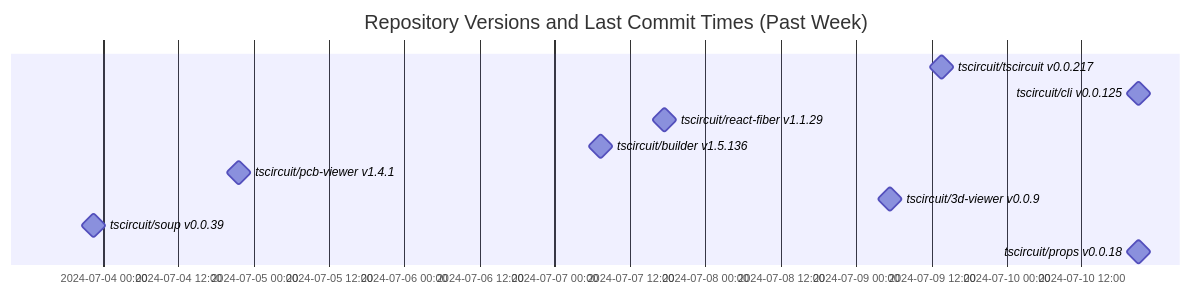
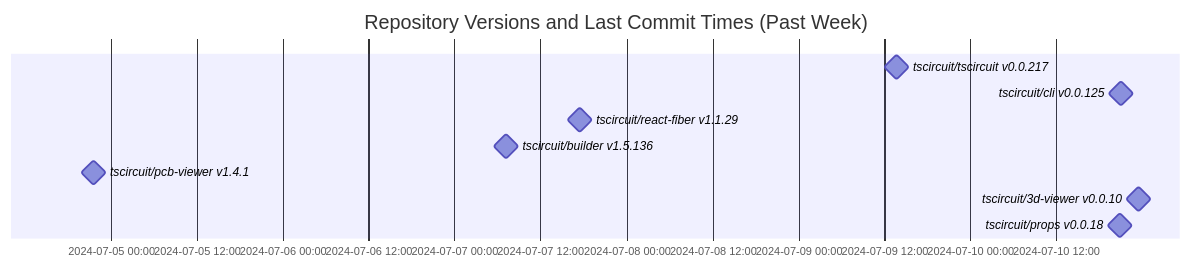
One commit to tscircuit/version-tracker changed the diagram in README.md. Above: the diagram before and after it, drawn with Mermaid.

Commit message:
Update chart

````diff
--- a/README.md
+++ b/README.md
@@ -1,15 +1,14 @@
 ```mermaid
 gantt
   dateFormat  YYYY-MM-DD HH:mm:ss
   title Repository Versions and Last Commit Times (Past Week)
   axisFormat %Y-%m-%d %H:%M
 
   tscircuit/tscircuit v0.0.217 : milestone, 2024-07-09 13:42:47, 1s
   tscircuit/cli v0.0.125 : milestone, 2024-07-10 21:03:03, 1s
   tscircuit/react-fiber v1.1.29 : milestone, 2024-07-07 17:23:26, 1s
   tscircuit/builder v1.5.136 : milestone, 2024-07-07 07:13:19, 1s
   tscircuit/pcb-viewer v1.4.1 : milestone, 2024-07-04 21:31:51, 1s
-  tscircuit/3d-viewer v0.0.9 : milestone, 2024-07-09 05:28:08, 1s
-  tscircuit/soup v0.0.39 : milestone, 2024-07-03 22:27:43, 1s
+  tscircuit/3d-viewer v0.0.10 : milestone, 2024-07-10 23:31:51, 1s
   tscircuit/props v0.0.18 : milestone, 2024-07-10 20:59:29, 1s
 ```
````
